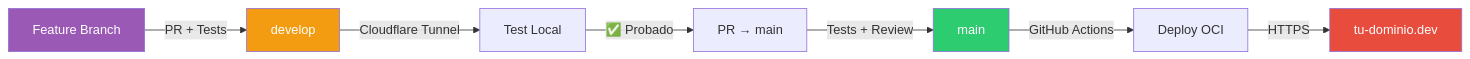
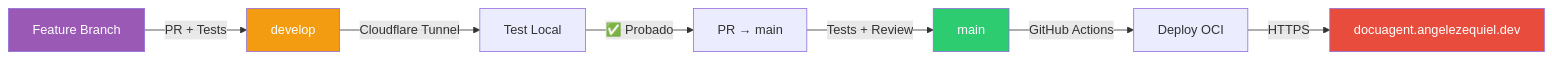
Before and after one commit to EzequielAngel0/DocuAgent: the second of 2 diagrams in docs/development/git-workflow.md, drawn with Mermaid. The commit also changed other lines of this file and 11 other files, not shown here.

````diff
--- a/docs/development/git-workflow.md
+++ b/docs/development/git-workflow.md
@@ -191,14 +191,14 @@
 ```mermaid
 flowchart LR
     FB[Feature Branch] -->|PR + Tests| DEV[develop]
     DEV -->|Cloudflare Tunnel| LOCAL[Test Local]
     LOCAL -->|✅ Probado| PR[PR → main]
     PR -->|Tests + Review| MAIN[main]
     MAIN -->|GitHub Actions| OCI[Deploy OCI]
-    OCI -->|HTTPS| PROD[tu-dominio.dev]
+    OCI -->|HTTPS| PROD[docuagent.angelezequiel.dev]
 
     style FB fill:#9b59b6,color:#fff
     style DEV fill:#f39c12,color:#fff
     style MAIN fill:#2ecc71,color:#fff
     style PROD fill:#e74c3c,color:#fff
 ```
````
